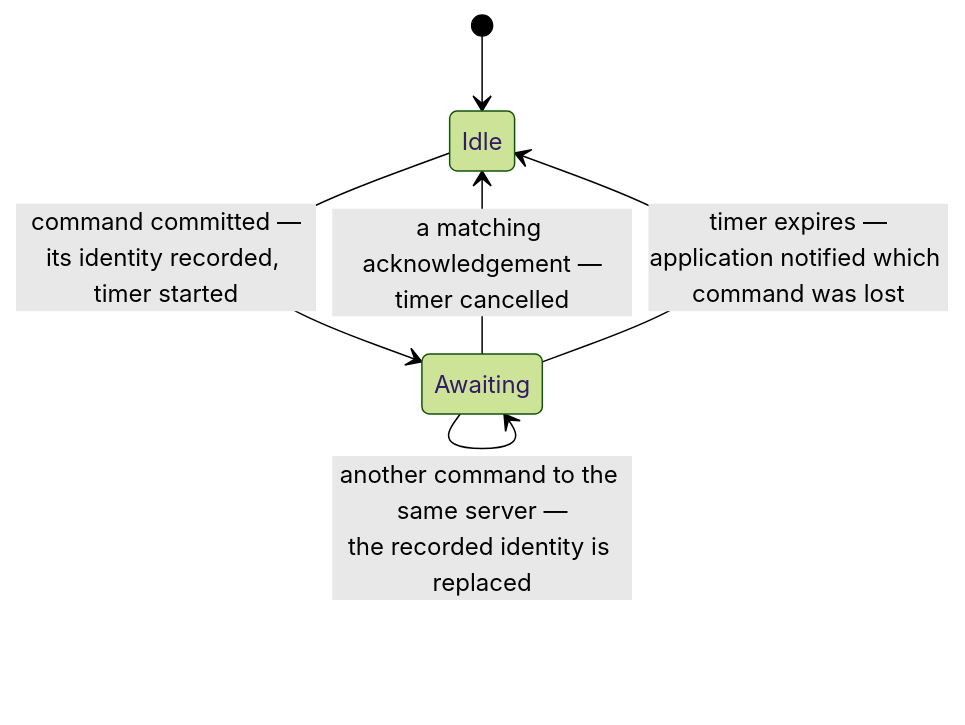
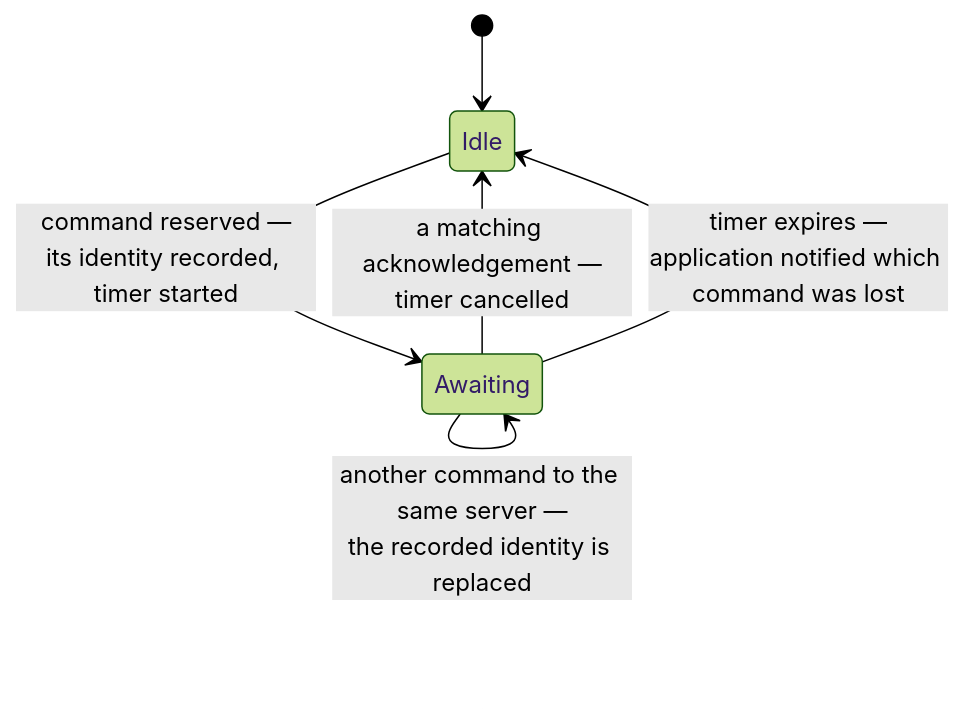
One commit to embedded-pro/can-lite changed the fifth of 6 diagrams in documents/booklet/07-client-state.md. Above: the diagram before and after it, drawn with Mermaid (forest theme). The commit also changed other lines of this file and 20 other files, not shown here.

First line of the commit message:
fix(client)!: consume a command's sequence number only once it is sent (#67)

````diff
--- a/documents/booklet/07-client-state.md
+++ b/documents/booklet/07-client-state.md
@@ -160,8 +173,8 @@
 ```mermaid
 stateDiagram-v2
     [*] --> Idle
-    Idle --> Awaiting : command committed —<br/>its identity recorded, timer started
+    Idle --> Awaiting : command reserved —<br/>its identity recorded, timer started
     Awaiting --> Idle : a matching acknowledgement —<br/>timer cancelled
     Awaiting --> Idle : timer expires —<br/>application notified which command was lost
     Awaiting --> Awaiting : another command to the same server —<br/>the recorded identity is replaced
 ```
````
